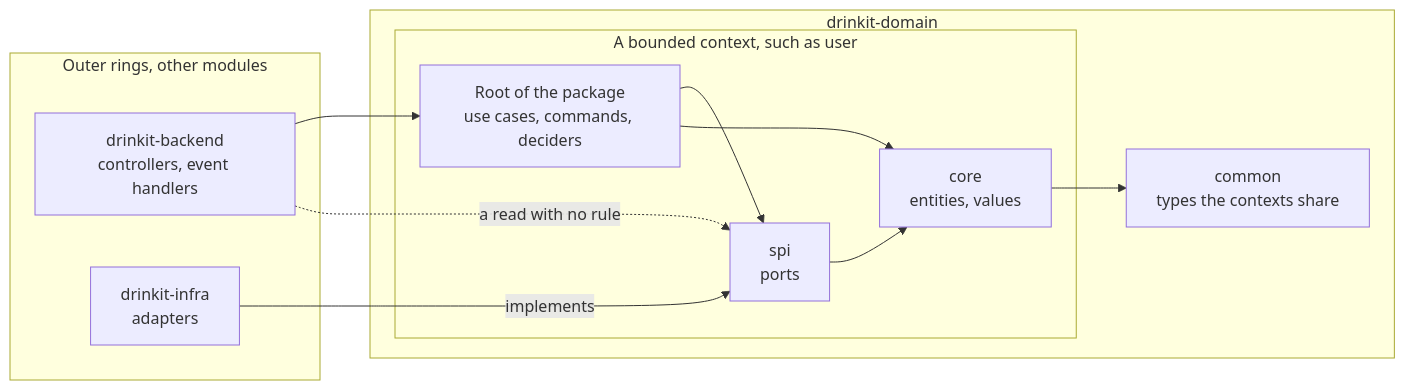
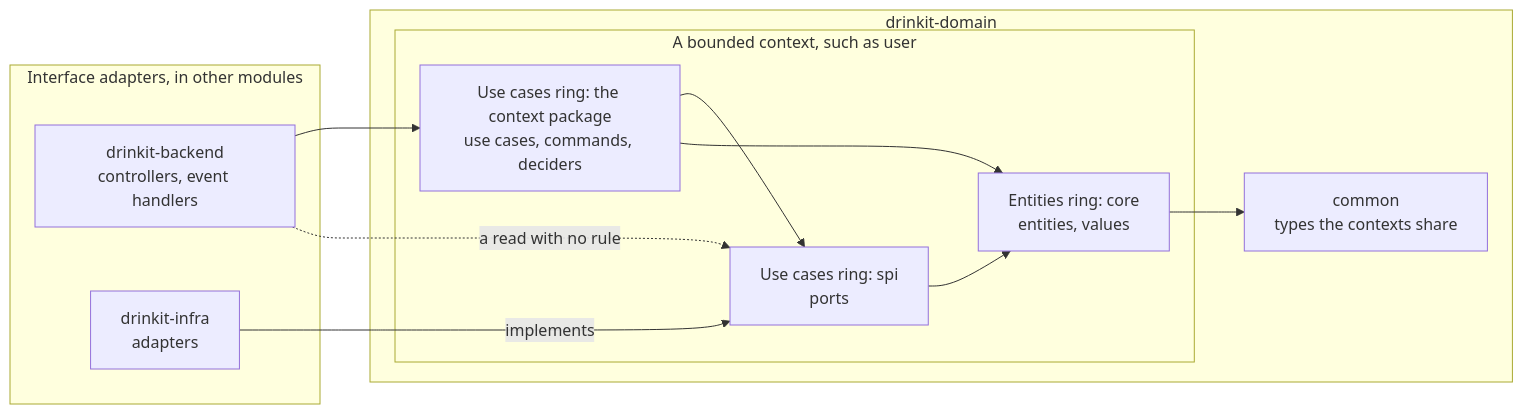
Before and after one commit to mboisnard/drinkit: the first of 3 diagrams in docs/src/engineering/architecture/clean-architecture.md, drawn with Mermaid. The commit also changed other lines of this file, not shown here.

First line of the commit message:
[DOCUMENTATION] Define the terms of Clean Architecture where they first appear (#537)

````diff
--- a/docs/src/engineering/architecture/clean-architecture.md
+++ b/docs/src/engineering/architecture/clean-architecture.md
@@ -33,22 +32,22 @@
 ```mermaid
 flowchart LR
-  subgraph outside["Outer rings, other modules"]
+  subgraph outside["Interface adapters, in other modules"]
     backend["drinkit-backend<br/>controllers, event handlers"]
     infra["drinkit-infra<br/>adapters"]
   end
   subgraph domain["drinkit-domain"]
     subgraph context["A bounded context, such as user"]
-      usecases["Root of the package<br/>use cases, commands, deciders"]
-      spi["spi<br/>ports"]
-      core["core<br/>entities, values"]
+      usecases["Use cases ring: the context package<br/>use cases, commands, deciders"]
+      spi["Use cases ring: spi<br/>ports"]
+      core["Entities ring: core<br/>entities, values"]
     end
     common["common<br/>types the contexts share"]
   end
   backend --> usecases
   backend -. "a read with no rule" .-> spi
   infra -- implements --> spi
   usecases --> spi
   usecases --> core
   spi --> core
   core --> common
 ```
````
